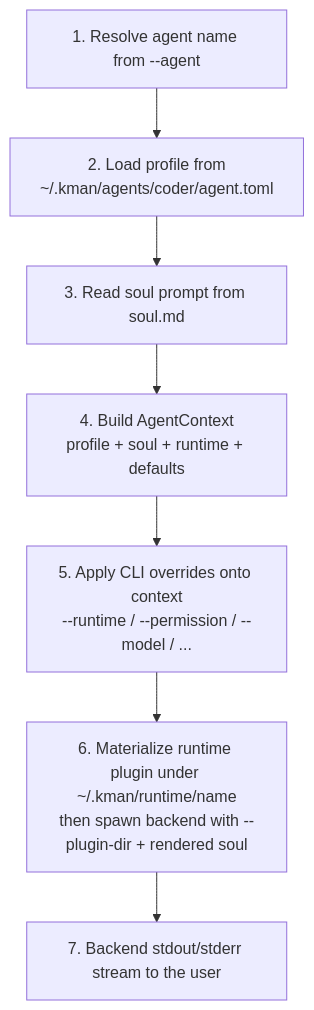
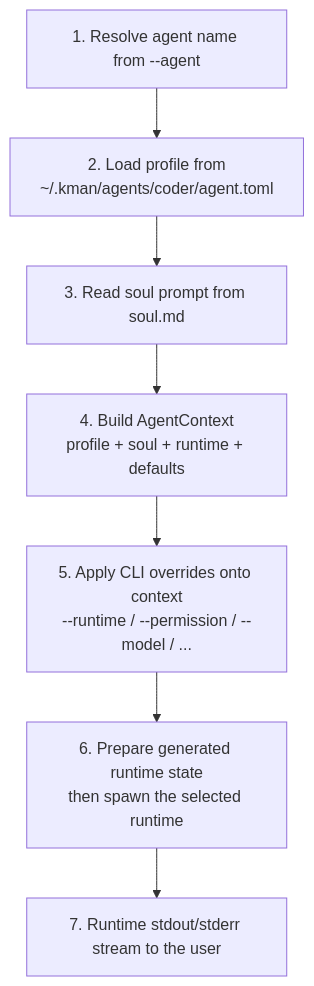
Before and after one commit to unliftedq/kman: the second of 2 diagrams in docs/architecture.md, drawn with Mermaid. The commit also changed other lines of this file and 11 other files, not shown here.

````diff
--- a/docs/architecture.md
+++ b/docs/architecture.md
@@ -27,9 +26,9 @@
 ```mermaid
 flowchart TB
     A[1. Resolve agent name from --agent] --> B[2. Load profile from<br/>~/.kman/agents/coder/agent.toml]
     B --> C[3. Read soul prompt from soul.md]
     C --> D[4. Build AgentContext<br/>profile + soul + runtime + defaults]
     D --> E[5. Apply CLI overrides onto context<br/>--runtime / --permission / --model / ...]
-    E --> F[6. Materialize runtime plugin under ~/.kman/runtime/name<br/>then spawn backend with --plugin-dir + rendered soul]
-    F --> G[7. Backend stdout/stderr stream to the user]
+    E --> F[6. Prepare generated runtime state<br/>then spawn the selected runtime]
+    F --> G[7. Runtime stdout/stderr stream to the user]
 ```
````
